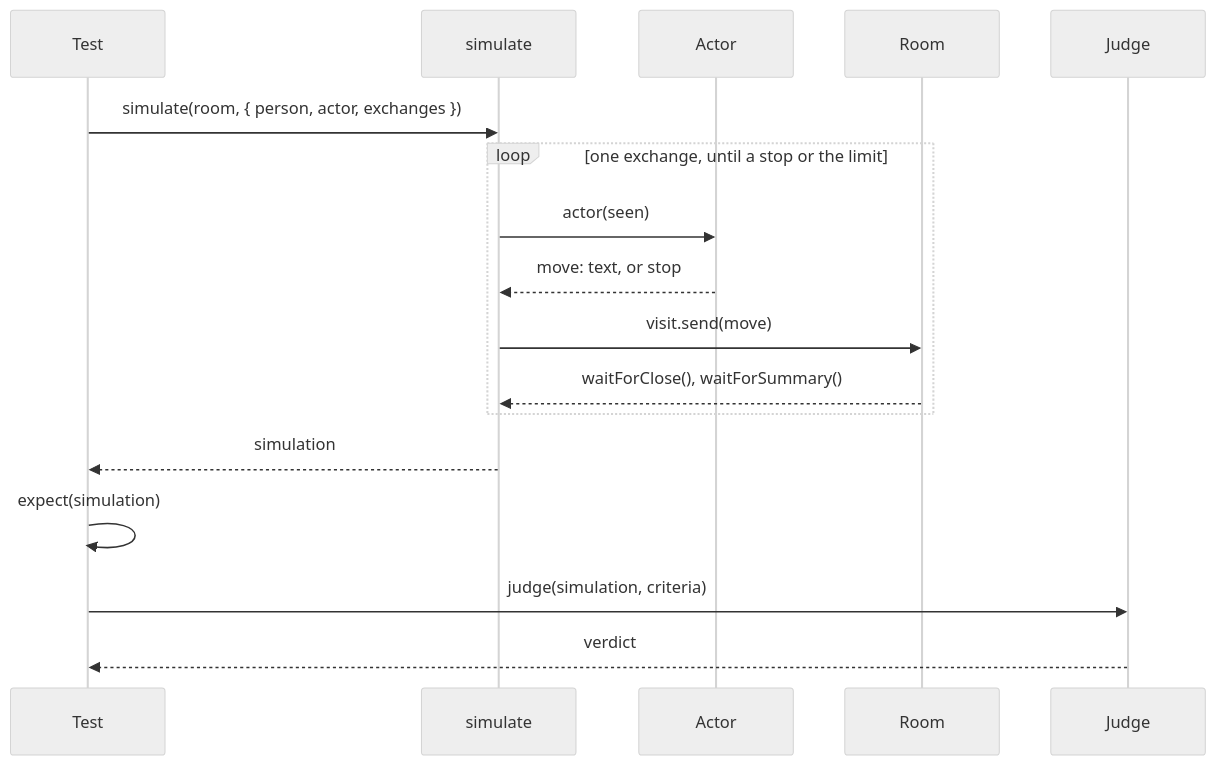
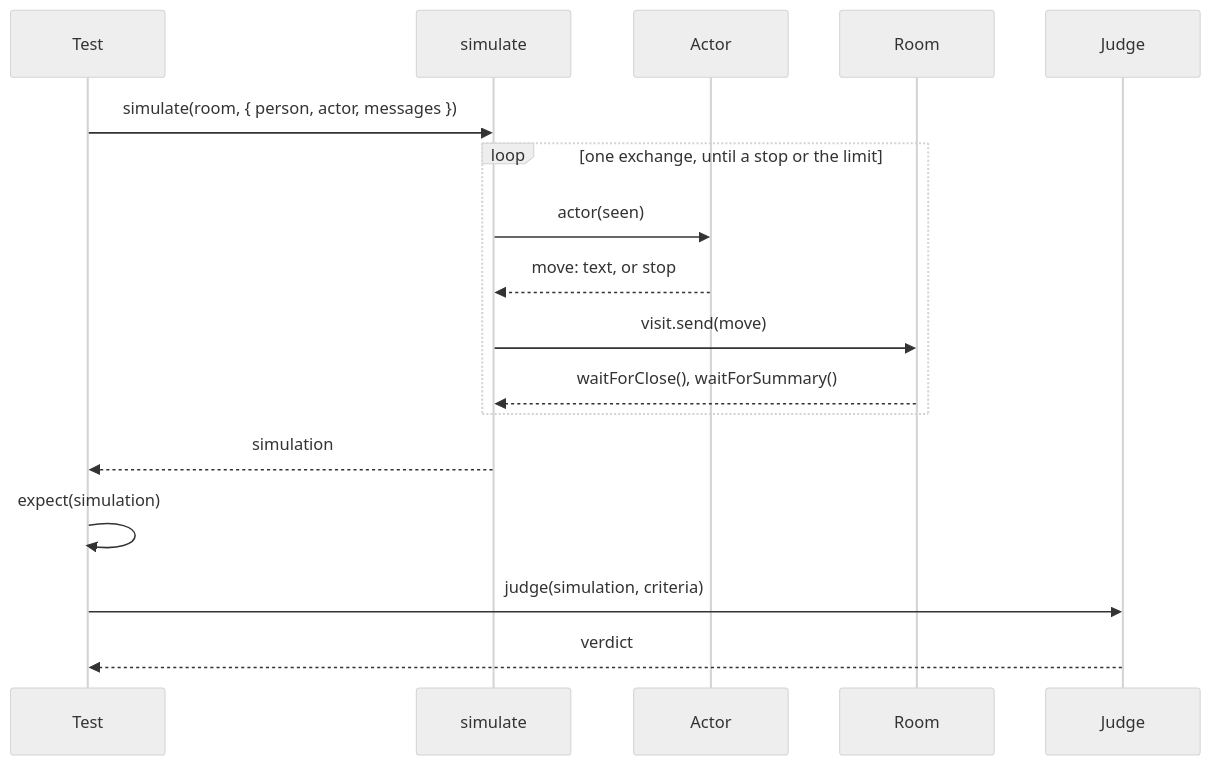
Before and after one commit to ambionframework/ambion: the diagram in docs/simulator.md, drawn with Mermaid (neutral theme). The commit also changed other lines of this file and 13 other files, not shown here.

````diff
--- a/docs/simulator.md
+++ b/docs/simulator.md
@@ -80,19 +80,19 @@
 ```mermaid
 sequenceDiagram
     participant T as Test
     participant S as simulate
     participant A as Actor
     participant R as Room
     participant J as Judge
-    T->>S: simulate(room, { person, actor, exchanges })
+    T->>S: simulate(room, { person, actor, messages })
     loop one exchange, until a stop or the limit
         S->>A: actor(seen)
         A-->>S: move: text, or stop
         S->>R: visit.send(move)
         R-->>S: waitForClose(), waitForSummary()
     end
     S-->>T: simulation
     T->>T: expect(simulation)
     T->>J: judge(simulation, criteria)
     J-->>T: verdict
 ```
````
